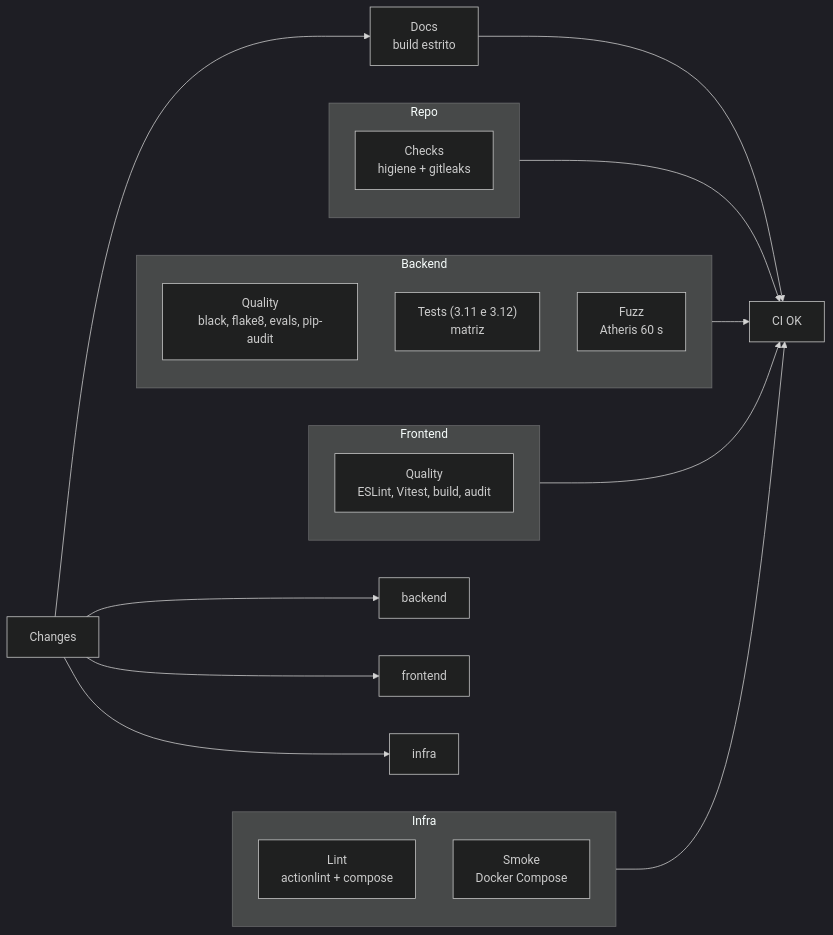
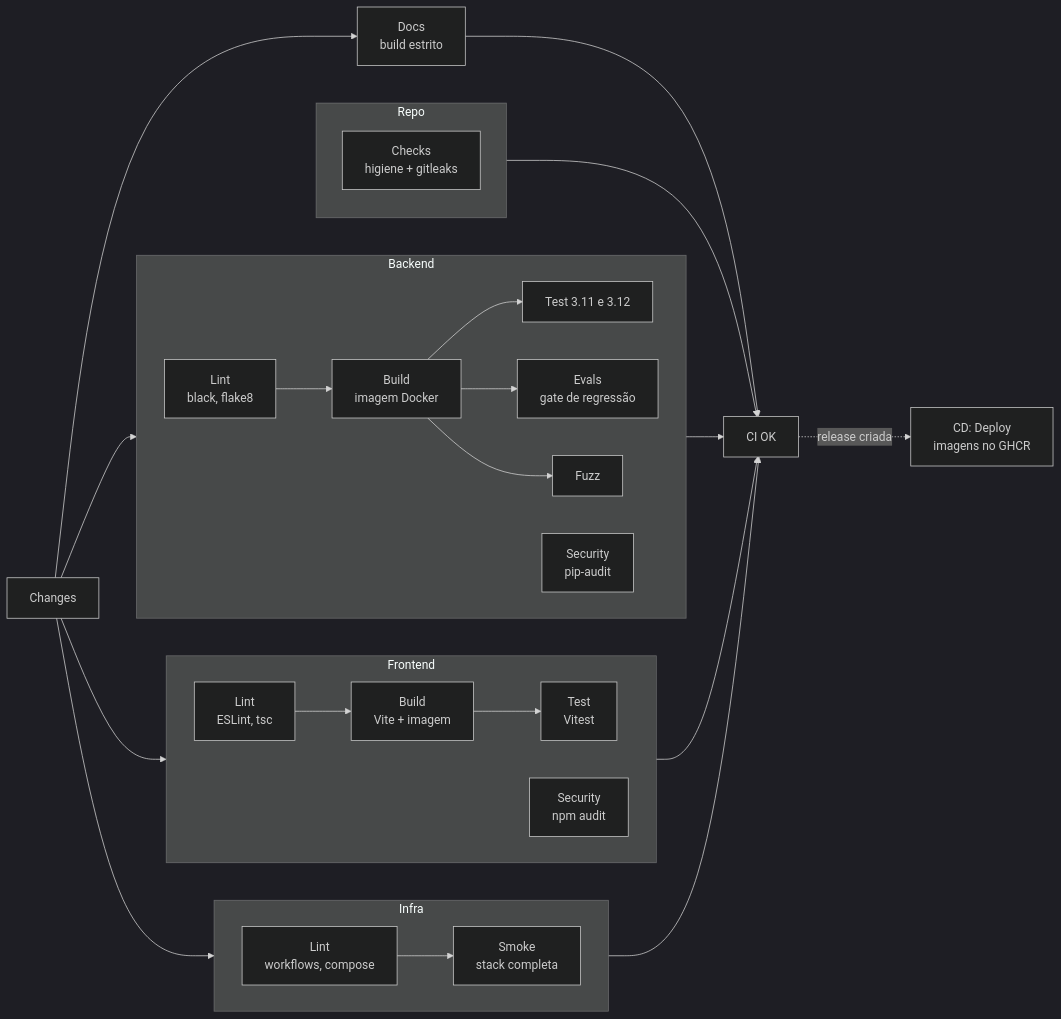
The diagram in docs/development/devops.md (conformia-bndes/conformia-platform), drawn with Mermaid (dark theme) before and after one commit. The commit also changed other lines of this file and 14 other files, not shown here.

````diff
--- a/docs/development/devops.md
+++ b/docs/development/devops.md
@@ -38,26 +38,31 @@
 ```mermaid
 flowchart LR
-    changes["Changes"] --> backend & frontend & infra & docs
+    changes["Changes"] --> Backend & Frontend & Infra & docs
     subgraph Repo
         rc["Checks<br/>higiene + gitleaks"]
     end
     subgraph Backend
-        direction TB
-        bq["Quality<br/>black, flake8, evals, pip-audit"]
-        bt["Tests (3.11 e 3.12)<br/>matriz"]
-        bf["Fuzz<br/>Atheris 60 s"]
+        direction LR
+        bl["Lint<br/>black, flake8"] --> bb["Build<br/>imagem Docker"]
+        bb --> bt["Test 3.11 e 3.12"]
+        bb --> be["Evals<br/>gate de regressão"]
+        bb --> bf["Fuzz"]
+        bs["Security<br/>pip-audit"]
     end
     subgraph Frontend
-        fq["Quality<br/>ESLint, Vitest, build, audit"]
+        direction LR
+        fl["Lint<br/>ESLint, tsc"] --> fb["Build<br/>Vite + imagem"]
+        fb --> ft["Test<br/>Vitest"]
+        fs["Security<br/>npm audit"]
     end
     subgraph Infra
-        direction TB
-        il["Lint<br/>actionlint + compose"]
-        im["Smoke<br/>Docker Compose"]
+        direction LR
+        il["Lint<br/>workflows, compose"] --> im["Smoke<br/>stack completa"]
     end
     Repo --> ok["CI OK"]
     Backend --> ok
     Frontend --> ok
     Infra --> ok
     docs["Docs<br/>build estrito"] --> ok
+    ok -.->|release criada| cd["CD: Deploy<br/>imagens no GHCR"]
 ```
````
